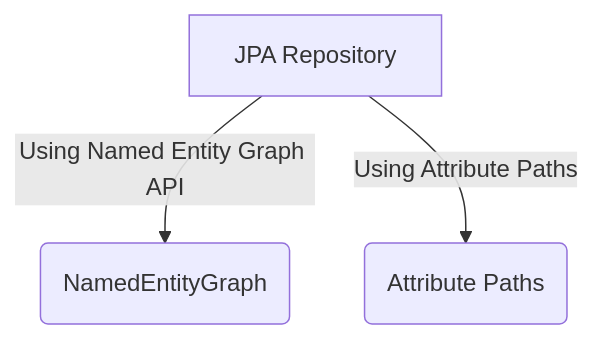
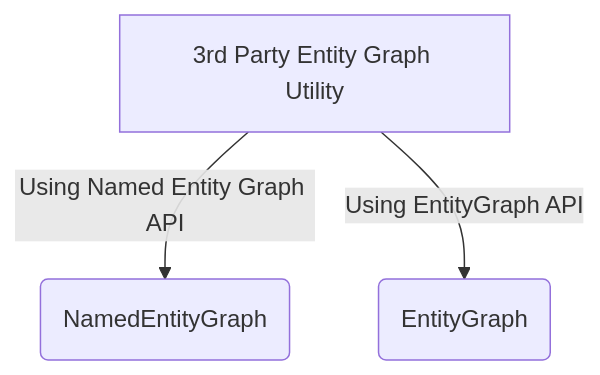
The second of 2 diagrams in README.md (mkblogs/JPAEntityGraphUsing3rdParty), drawn with Mermaid before and after one commit. The commit also changed other lines of this file, not shown here.

````diff
--- a/README.md
+++ b/README.md
@@ -28,6 +28,6 @@
 ```mermaid
 graph TD
 		
-	A[JPA Repository] --> | Using Named Entity Graph API | B(NamedEntityGraph)
-	A[JPA Repository] --> | Using Attribute Paths | C(Attribute Paths)
+	A[3rd Party Entity Graph Utility] --> | Using Named Entity Graph API | B(NamedEntityGraph)
+	A[3rd Party Entity Graph Utility] --> | Using EntityGraph API | C(EntityGraph)
 ```
````
